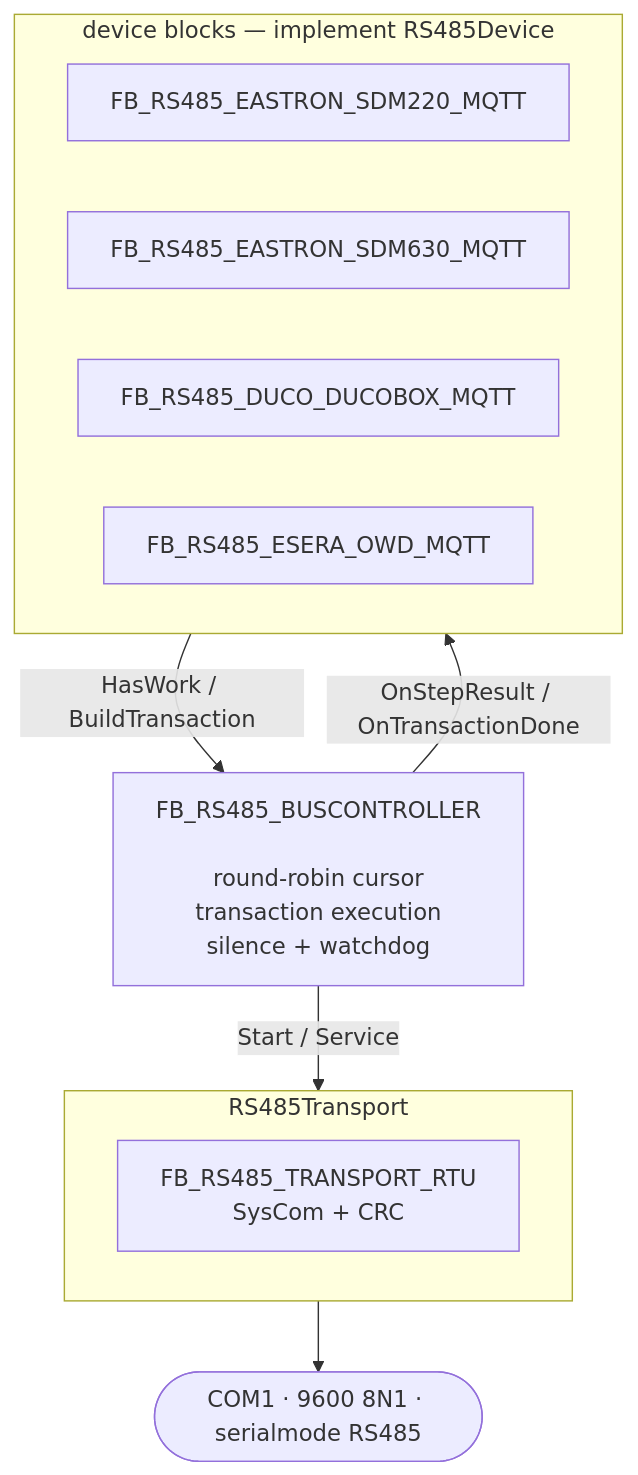
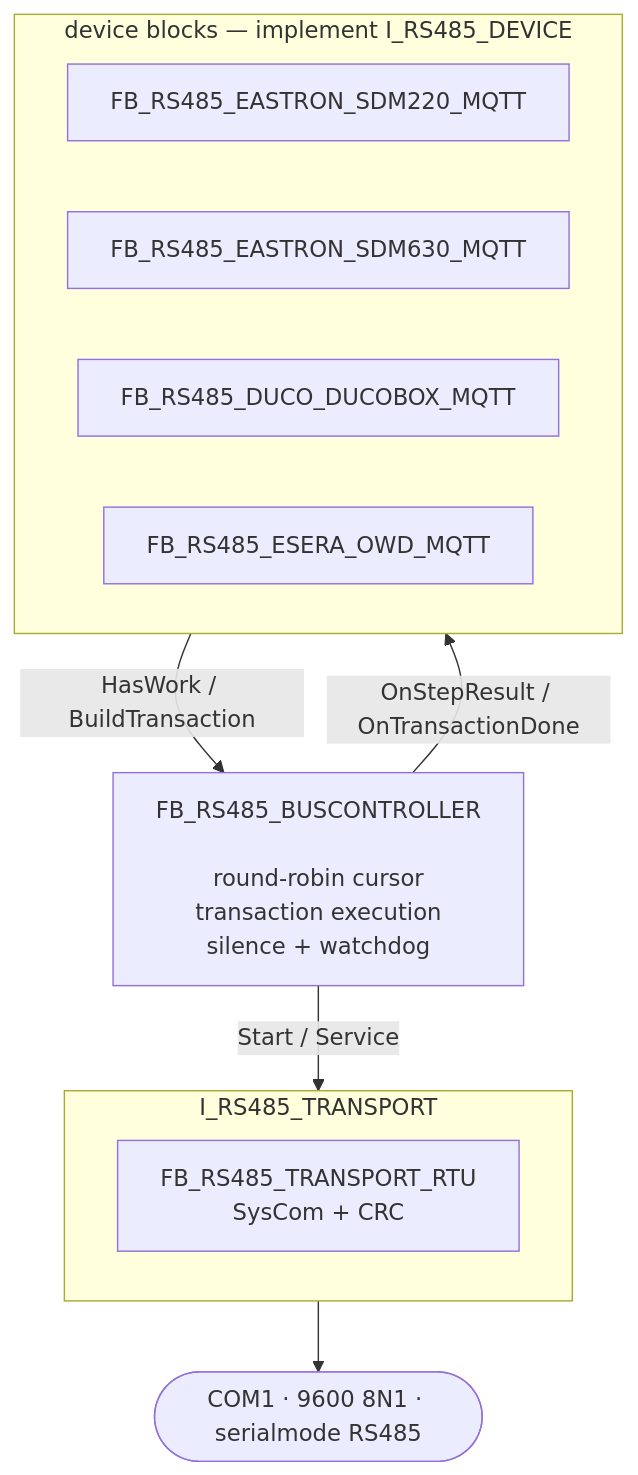
The first of 2 diagrams in docs/RS485/RS485Device_Interface.md (MichielVanwelsenaere/HomeAutomation.CoDeSys3), drawn with Mermaid before and after one commit. The commit also changed other lines of this file and 61 other files, not shown here.

````diff
--- a/docs/RS485/RS485Device_Interface.md
+++ b/docs/RS485/RS485Device_Interface.md
@@ -23,23 +23,23 @@
 ```mermaid
 flowchart TB
-  subgraph DEVS["device blocks — implement RS485Device"]
+  subgraph DEVS["device blocks — implement I_RS485_DEVICE"]
     direction LR
     A["FB_RS485_EASTRON_SDM220_MQTT"]
     B["FB_RS485_EASTRON_SDM630_MQTT"]
     C["FB_RS485_DUCO_DUCOBOX_MQTT"]
     D["FB_RS485_ESERA_OWD_MQTT"]
   end
 
   SCH["FB_RS485_BUSCONTROLLER<br/><br/>round-robin cursor<br/>transaction execution<br/>silence + watchdog"]
 
-  subgraph TRS["RS485Transport"]
+  subgraph TRS["I_RS485_TRANSPORT"]
     T1["FB_RS485_TRANSPORT_RTU<br/>SysCom + CRC"]
   end
 
   PORT(["COM1 · 9600 8N1 · serialmode RS485"])
 
   DEVS -- "HasWork / BuildTransaction" --> SCH
   SCH -- "OnStepResult / OnTransactionDone" --> DEVS
   SCH -- "Start / Service" --> TRS
   TRS --> PORT
 ```
````
